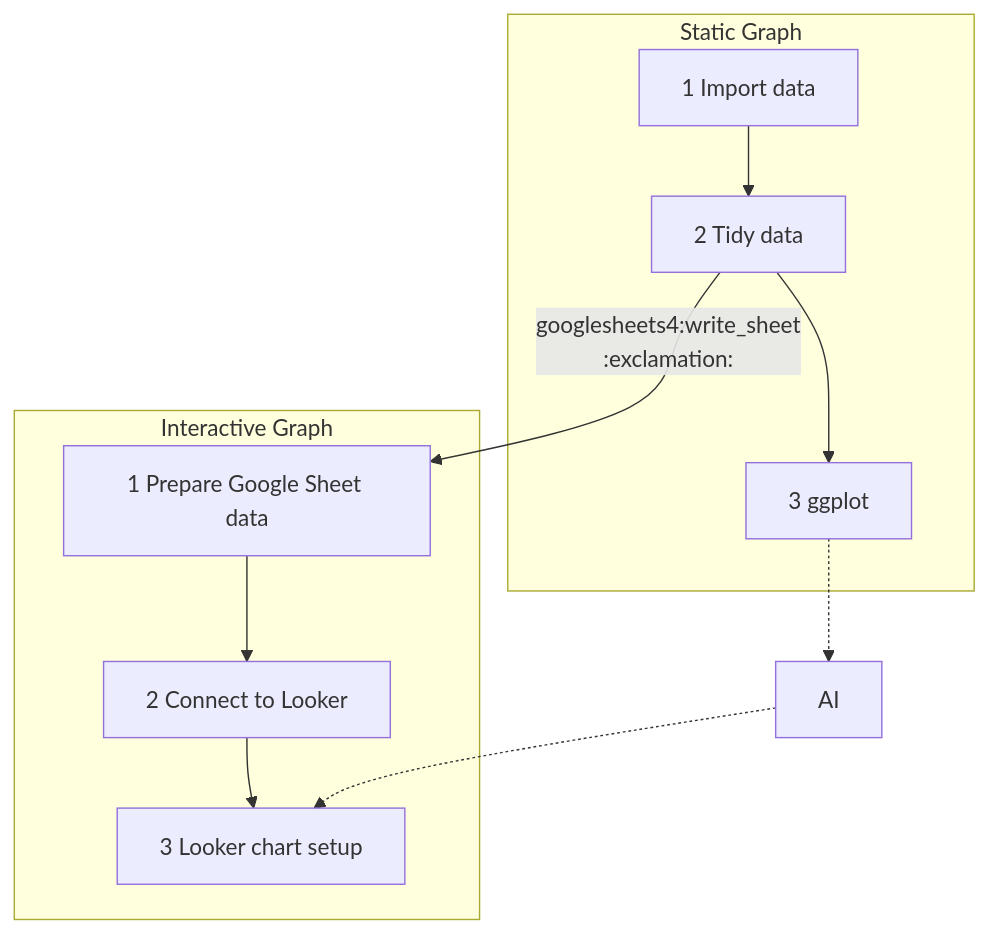
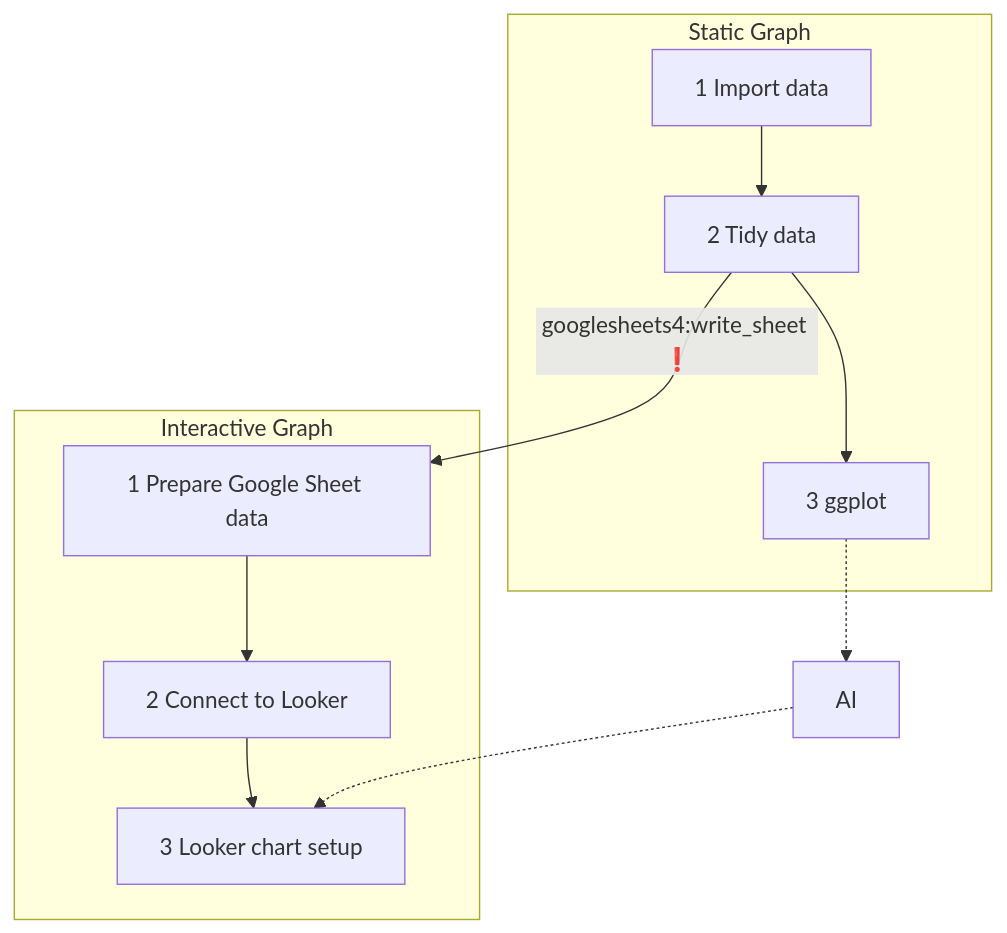
The diagram in Lecture-notes/04-looker.md (tpemartin/113-1-data-visualization), drawn with Mermaid before and after one commit.

````diff
--- a/Lecture-notes/04-looker.md
+++ b/Lecture-notes/04-looker.md
@@ -6,19 +6,19 @@
 ```mermaid
 flowchart TD
 
     subgraph Section1 [Static Graph]
         A[1 Import data] --> B[2 Tidy data]
         B --> C[3 ggplot]
     end
 
     subgraph Section2 [Interactive Graph]
-        B -->|googlesheets4:write_sheet\n:exclamation:| D[1 Prepare Google Sheet data]
+        B -->|googlesheets4:write_sheet ❗ | D[1 Prepare Google Sheet data]
         D --> E[2 Connect to Looker]
         E --> F[3 Looker chart setup]
     end
 
     C -.-> G[AI]
     G -.-> F
 
 
 ```
````
